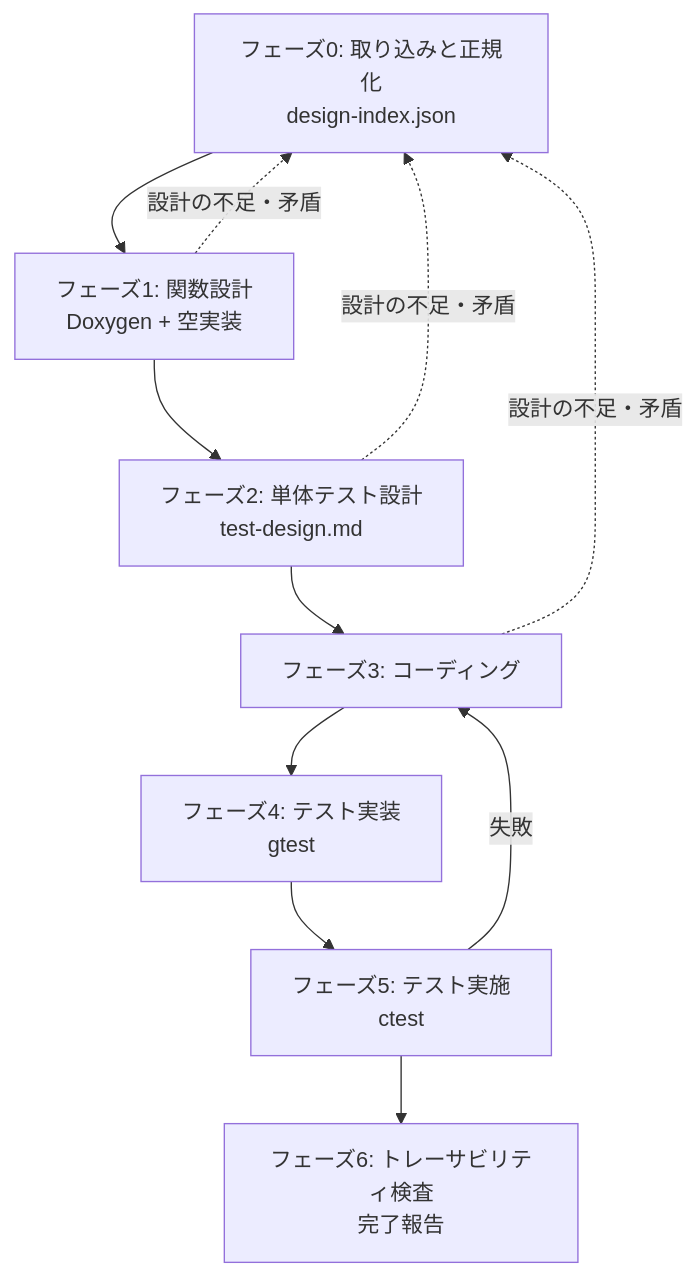
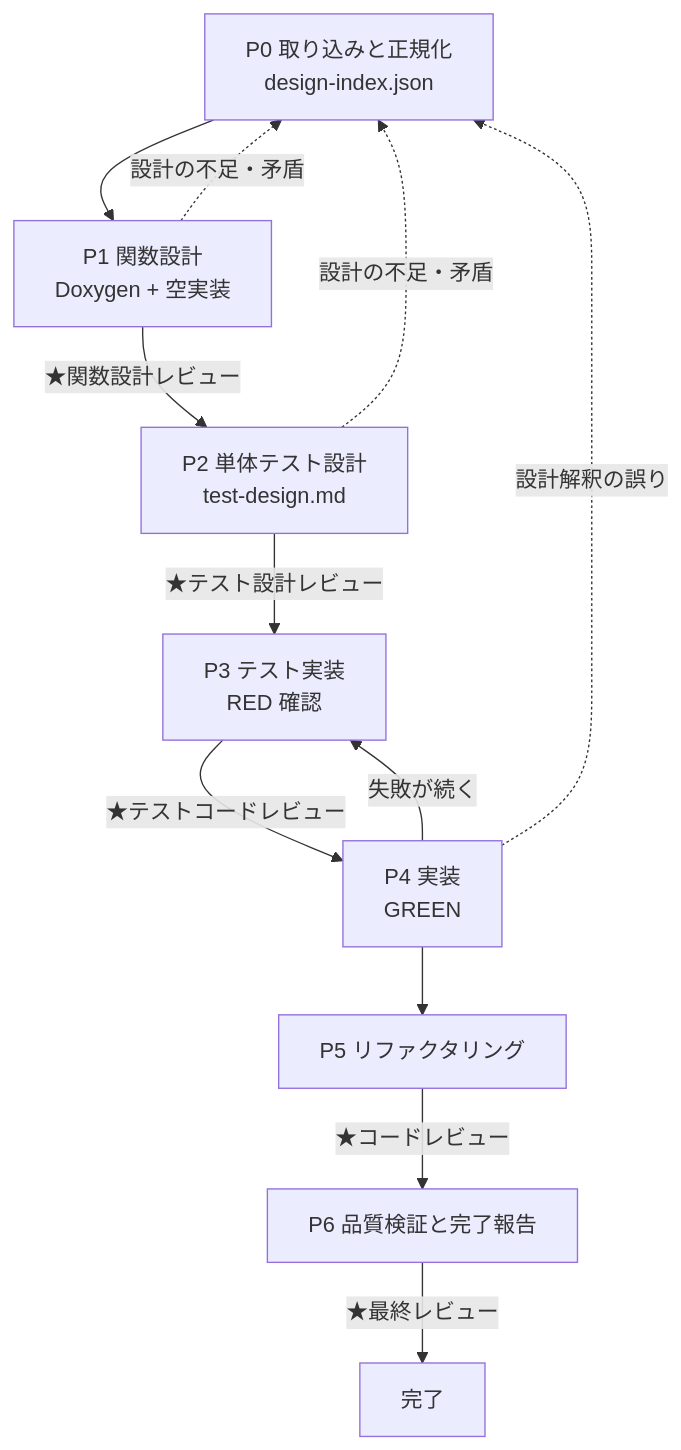
Before and after one commit to SuperPyonchiX/.agents: the diagram in skills/nextdesign-cpp14-unit-build/SKILL.md, drawn with Mermaid. The commit also changed other lines of this file and 14 other files, not shown here.

````diff
--- a/skills/nextdesign-cpp14-unit-build/SKILL.md
+++ b/skills/nextdesign-cpp14-unit-build/SKILL.md
@@ -16,13 +16,14 @@
 ```mermaid
 graph TD
-    P0["フェーズ0: 取り込みと正規化<br/>design-index.json"] --> P1["フェーズ1: 関数設計<br/>Doxygen + 空実装"]
-    P1 --> P2["フェーズ2: 単体テスト設計<br/>test-design.md"]
-    P2 --> P3["フェーズ3: コーディング"]
-    P3 --> P4["フェーズ4: テスト実装<br/>gtest"]
-    P4 --> P5["フェーズ5: テスト実施<br/>ctest"]
-    P5 -->|失敗| P3
-    P5 --> P6["フェーズ6: トレーサビリティ検査<br/>完了報告"]
+    P0["P0 取り込みと正規化<br/>design-index.json"] --> P1["P1 関数設計<br/>Doxygen + 空実装"]
+    P1 -->|"★関数設計レビュー"| P2["P2 単体テスト設計<br/>test-design.md"]
+    P2 -->|"★テスト設計レビュー"| P3["P3 テスト実装<br/>RED 確認"]
+    P3 -->|"★テストコードレビュー"| P4["P4 実装<br/>GREEN"]
+    P4 --> P5["P5 リファクタリング"]
+    P5 -->|"★コードレビュー"| P6["P6 品質検証と完了報告"]
+    P6 -->|"★最終レビュー"| DONE["完了"]
+    P4 -->|失敗が続く| P3
     P1 -.設計の不足・矛盾.-> P0
     P2 -.設計の不足・矛盾.-> P0
-    P3 -.設計の不足・矛盾.-> P0
+    P4 -.設計解釈の誤り.-> P0
 ```
````
